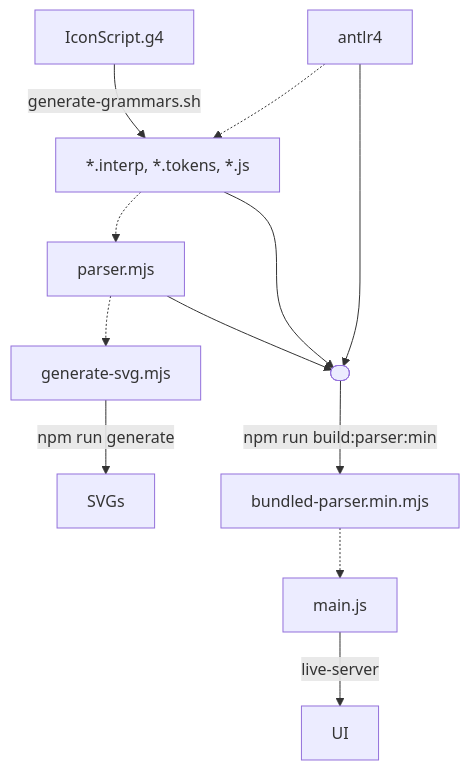
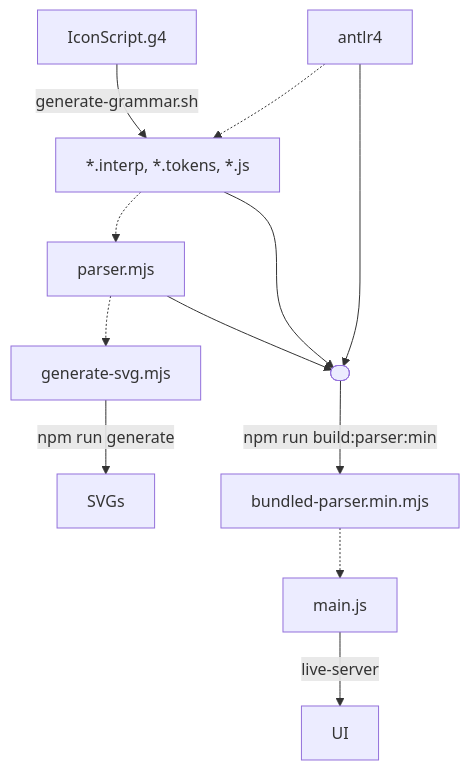
The diagram in doc/diagram.md (enzet/iconscript), drawn with Mermaid before and after one commit. The commit also changed 3 other files, not shown here.

````diff
--- a/doc/diagram.md
+++ b/doc/diagram.md
@@ -1,22 +1,22 @@
 ```mermaid
 flowchart TD
     gr[IconScript.g4]
     ag[*.interp, *.tokens, *.js]
     an[antlr4]
     bp[parser.mjs]
     bpm[bundled-parser.min.mjs]
     bu([ ])
     gi[generate-svg.mjs]
     mj[main.js]
-    gr -->|generate-grammars.sh| ag
+    gr -->|generate-grammar.sh| ag
     an -.-> ag
     bp -.-> gi
     ag -.-> bp
     bpm -.-> mj
     bp --> bu
     ag --> bu
     an --> bu
     bu -->|npm run build:parser:min| bpm
     mj -->|live-server| UI
     gi -->|npm run generate| SVGs
 ```
````
